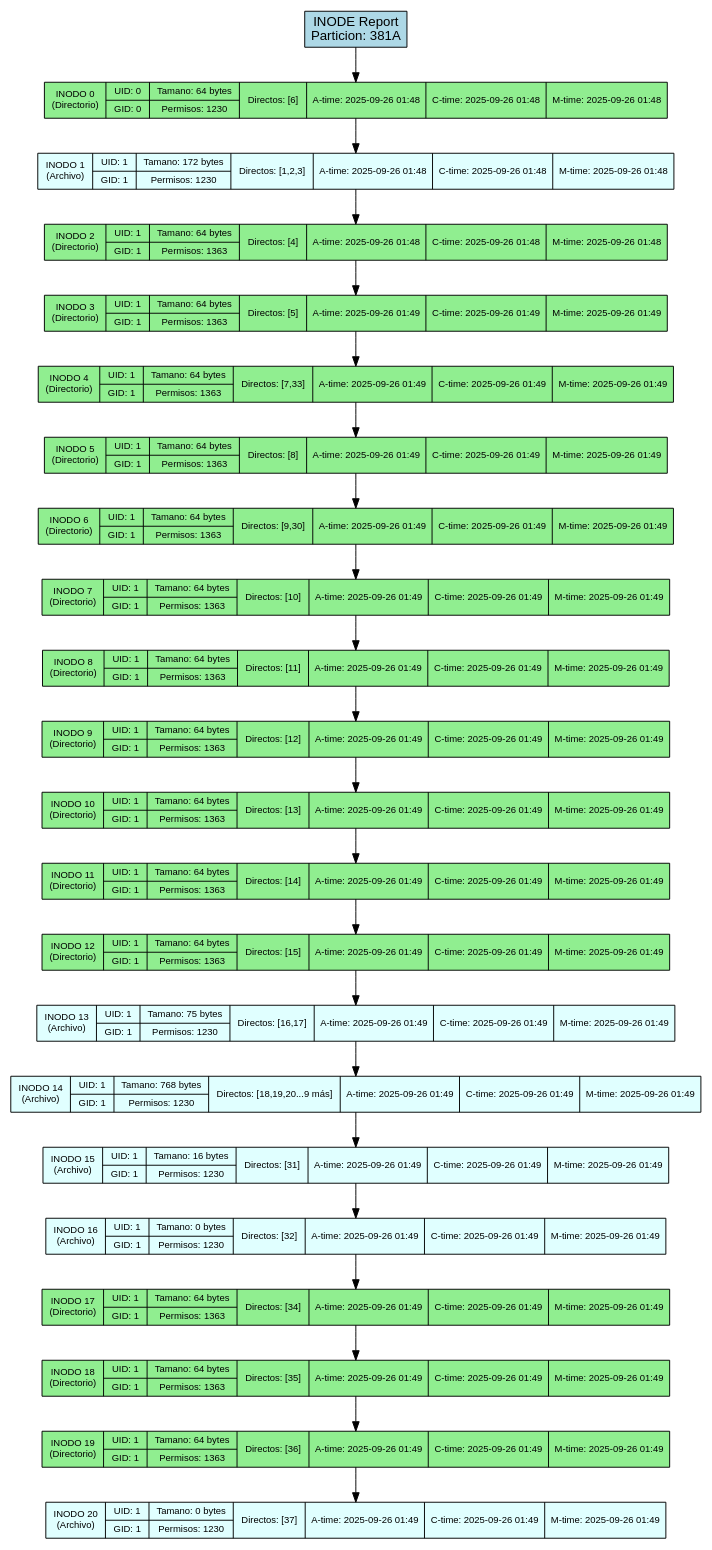
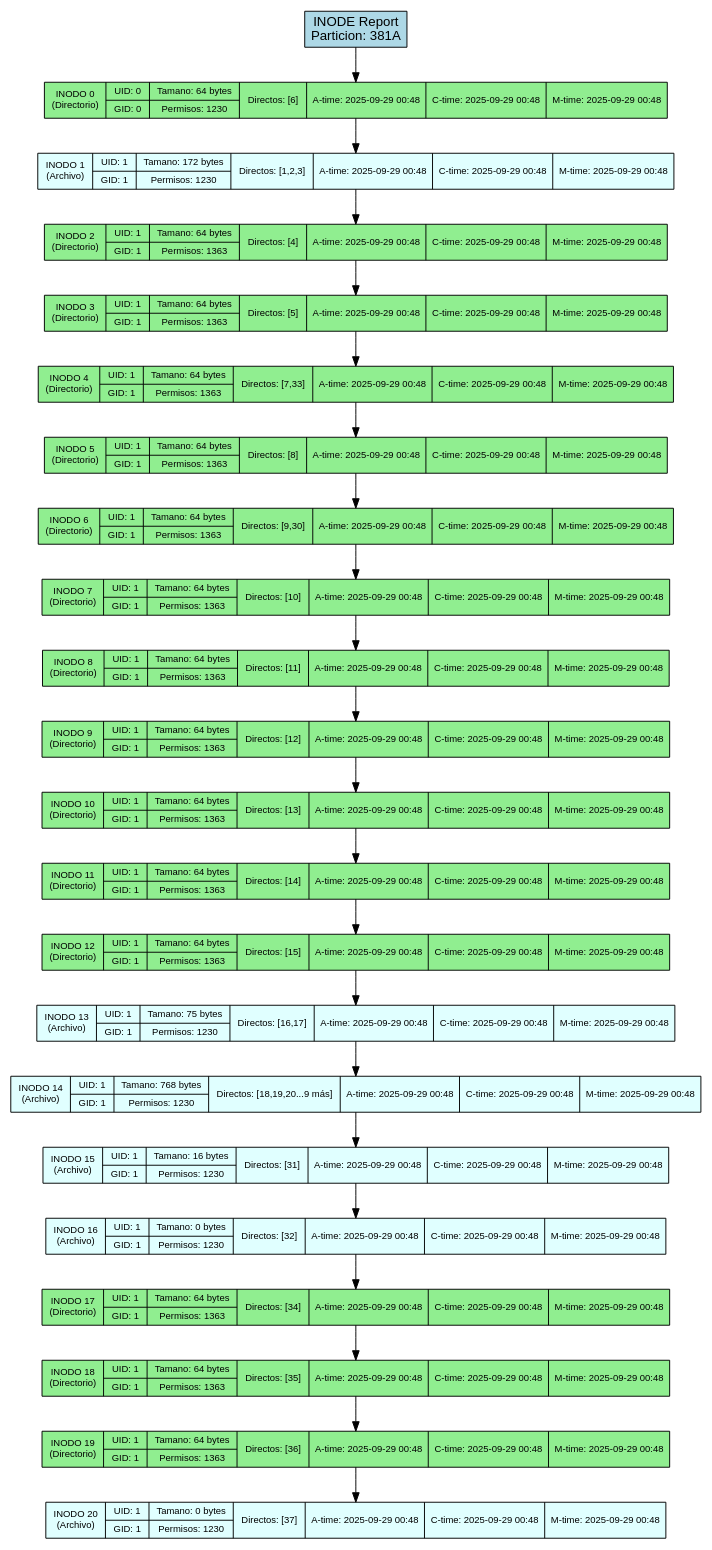
Before and after one commit to DiegVas/MIA_2S2025_P2_202300638: the diagram in backend/provider/reports/src/inode_381A.dot, drawn with Graphviz. The commit also changed 16 other files, not shown here.

```diff
--- a/backend/provider/reports/src/inode_381A.dot
+++ b/backend/provider/reports/src/inode_381A.dot
@@ -1,54 +1,54 @@
 digraph Inode_Report {
     rankdir=TB;
     node [shape=record, style=filled];
     graph [fontname="Arial", fontsize=12];
     node [fontname="Arial", fontsize=10];
     edge [fontname="Arial"];
 
     title [label="INODE Report\nParticion: 381A", fillcolor=lightblue, fontsize=14];
 
-    inode_0 [label="INODO 0\n(Directorio)|{UID: 0 | GID: 0}|{Tamano: 64 bytes | Permisos: 1230}|{Directos: [6]}|{A-time: 2025-09-26 01:48}|{C-time: 2025-09-26 01:48}|{M-time: 2025-09-26 01:48}", fillcolor=lightgreen];
-    inode_1 [label="INODO 1\n(Archivo)|{UID: 1 | GID: 1}|{Tamano: 172 bytes | Permisos: 1230}|{Directos: [1,2,3]}|{A-time: 2025-09-26 01:48}|{C-time: 2025-09-26 01:48}|{M-time: 2025-09-26 01:48}", fillcolor=lightcyan];
-    inode_2 [label="INODO 2\n(Directorio)|{UID: 1 | GID: 1}|{Tamano: 64 bytes | Permisos: 1363}|{Directos: [4]}|{A-time: 2025-09-26 01:48}|{C-time: 2025-09-26 01:48}|{M-time: 2025-09-26 01:48}", fillcolor=lightgreen];
-    inode_3 [label="INODO 3\n(Directorio)|{UID: 1 | GID: 1}|{Tamano: 64 bytes | Permisos: 1363}|{Directos: [5]}|{A-time: 2025-09-26 01:49}|{C-time: 2025-09-26 01:49}|{M-time: 2025-09-26 01:49}", fillcolor=lightgreen];
-    inode_4 [label="INODO 4\n(Directorio)|{UID: 1 | GID: 1}|{Tamano: 64 bytes | Permisos: 1363}|{Directos: [7,33]}|{A-time: 2025-09-26 01:49}|{C-time: 2025-09-26 01:49}|{M-time: 2025-09-26 01:49}", fillcolor=lightgreen];
-    inode_5 [label="INODO 5\n(Directorio)|{UID: 1 | GID: 1}|{Tamano: 64 bytes | Permisos: 1363}|{Directos: [8]}|{A-time: 2025-09-26 01:49}|{C-time: 2025-09-26 01:49}|{M-time: 2025-09-26 01:49}", fillcolor=lightgreen];
-    inode_6 [label="INODO 6\n(Directorio)|{UID: 1 | GID: 1}|{Tamano: 64 bytes | Permisos: 1363}|{Directos: [9,30]}|{A-time: 2025-09-26 01:49}|{C-time: 2025-09-26 01:49}|{M-time: 2025-09-26 01:49}", fillcolor=lightgreen];
-    inode_7 [label="INODO 7\n(Directorio)|{UID: 1 | GID: 1}|{Tamano: 64 bytes | Permisos: 1363}|{Directos: [10]}|{A-time: 2025-09-26 01:49}|{C-time: 2025-09-26 01:49}|{M-time: 2025-09-26 01:49}", fillcolor=lightgreen];
-    inode_8 [label="INODO 8\n(Directorio)|{UID: 1 | GID: 1}|{Tamano: 64 bytes | Permisos: 1363}|{Directos: [11]}|{A-time: 2025-09-26 01:49}|{C-time: 2025-09-26 01:49}|{M-time: 2025-09-26 01:49}", fillcolor=lightgreen];
-    inode_9 [label="INODO 9\n(Directorio)|{UID: 1 | GID: 1}|{Tamano: 64 bytes | Permisos: 1363}|{Directos: [12]}|{A-time: 2025-09-26 01:49}|{C-time: 2025-09-26 01:49}|{M-time: 2025-09-26 01:49}", fillcolor=lightgreen];
-    inode_10 [label="INODO 10\n(Directorio)|{UID: 1 | GID: 1}|{Tamano: 64 bytes | Permisos: 1363}|{Directos: [13]}|{A-time: 2025-09-26 01:49}|{C-time: 2025-09-26 01:49}|{M-time: 2025-09-26 01:49}", fillcolor=lightgreen];
-    inode_11 [label="INODO 11\n(Directorio)|{UID: 1 | GID: 1}|{Tamano: 64 bytes | Permisos: 1363}|{Directos: [14]}|{A-time: 2025-09-26 01:49}|{C-time: 2025-09-26 01:49}|{M-time: 2025-09-26 01:49}", fillcolor=lightgreen];
-    inode_12 [label="INODO 12\n(Directorio)|{UID: 1 | GID: 1}|{Tamano: 64 bytes | Permisos: 1363}|{Directos: [15]}|{A-time: 2025-09-26 01:49}|{C-time: 2025-09-26 01:49}|{M-time: 2025-09-26 01:49}", fillcolor=lightgreen];
-    inode_13 [label="INODO 13\n(Archivo)|{UID: 1 | GID: 1}|{Tamano: 75 bytes | Permisos: 1230}|{Directos: [16,17]}|{A-time: 2025-09-26 01:49}|{C-time: 2025-09-26 01:49}|{M-time: 2025-09-26 01:49}", fillcolor=lightcyan];
-    inode_14 [label="INODO 14\n(Archivo)|{UID: 1 | GID: 1}|{Tamano: 768 bytes | Permisos: 1230}|{Directos: [18,19,20...9 más]}|{A-time: 2025-09-26 01:49}|{C-time: 2025-09-26 01:49}|{M-time: 2025-09-26 01:49}", fillcolor=lightcyan];
-    inode_15 [label="INODO 15\n(Archivo)|{UID: 1 | GID: 1}|{Tamano: 16 bytes | Permisos: 1230}|{Directos: [31]}|{A-time: 2025-09-26 01:49}|{C-time: 2025-09-26 01:49}|{M-time: 2025-09-26 01:49}", fillcolor=lightcyan];
-    inode_16 [label="INODO 16\n(Archivo)|{UID: 1 | GID: 1}|{Tamano: 0 bytes | Permisos: 1230}|{Directos: [32]}|{A-time: 2025-09-26 01:49}|{C-time: 2025-09-26 01:49}|{M-time: 2025-09-26 01:49}", fillcolor=lightcyan];
-    inode_17 [label="INODO 17\n(Directorio)|{UID: 1 | GID: 1}|{Tamano: 64 bytes | Permisos: 1363}|{Directos: [34]}|{A-time: 2025-09-26 01:49}|{C-time: 2025-09-26 01:49}|{M-time: 2025-09-26 01:49}", fillcolor=lightgreen];
-    inode_18 [label="INODO 18\n(Directorio)|{UID: 1 | GID: 1}|{Tamano: 64 bytes | Permisos: 1363}|{Directos: [35]}|{A-time: 2025-09-26 01:49}|{C-time: 2025-09-26 01:49}|{M-time: 2025-09-26 01:49}", fillcolor=lightgreen];
-    inode_19 [label="INODO 19\n(Directorio)|{UID: 1 | GID: 1}|{Tamano: 64 bytes | Permisos: 1363}|{Directos: [36]}|{A-time: 2025-09-26 01:49}|{C-time: 2025-09-26 01:49}|{M-time: 2025-09-26 01:49}", fillcolor=lightgreen];
-    inode_20 [label="INODO 20\n(Archivo)|{UID: 1 | GID: 1}|{Tamano: 0 bytes | Permisos: 1230}|{Directos: [37]}|{A-time: 2025-09-26 01:49}|{C-time: 2025-09-26 01:49}|{M-time: 2025-09-26 01:49}", fillcolor=lightcyan];
+    inode_0 [label="INODO 0\n(Directorio)|{UID: 0 | GID: 0}|{Tamano: 64 bytes | Permisos: 1230}|{Directos: [6]}|{A-time: 2025-09-29 00:48}|{C-time: 2025-09-29 00:48}|{M-time: 2025-09-29 00:48}", fillcolor=lightgreen];
+    inode_1 [label="INODO 1\n(Archivo)|{UID: 1 | GID: 1}|{Tamano: 172 bytes | Permisos: 1230}|{Directos: [1,2,3]}|{A-time: 2025-09-29 00:48}|{C-time: 2025-09-29 00:48}|{M-time: 2025-09-29 00:48}", fillcolor=lightcyan];
+    inode_2 [label="INODO 2\n(Directorio)|{UID: 1 | GID: 1}|{Tamano: 64 bytes | Permisos: 1363}|{Directos: [4]}|{A-time: 2025-09-29 00:48}|{C-time: 2025-09-29 00:48}|{M-time: 2025-09-29 00:48}", fillcolor=lightgreen];
+    inode_3 [label="INODO 3\n(Directorio)|{UID: 1 | GID: 1}|{Tamano: 64 bytes | Permisos: 1363}|{Directos: [5]}|{A-time: 2025-09-29 00:48}|{C-time: 2025-09-29 00:48}|{M-time: 2025-09-29 00:48}", fillcolor=lightgreen];
+    inode_4 [label="INODO 4\n(Directorio)|{UID: 1 | GID: 1}|{Tamano: 64 bytes | Permisos: 1363}|{Directos: [7,33]}|{A-time: 2025-09-29 00:48}|{C-time: 2025-09-29 00:48}|{M-time: 2025-09-29 00:48}", fillcolor=lightgreen];
+    inode_5 [label="INODO 5\n(Directorio)|{UID: 1 | GID: 1}|{Tamano: 64 bytes | Permisos: 1363}|{Directos: [8]}|{A-time: 2025-09-29 00:48}|{C-time: 2025-09-29 00:48}|{M-time: 2025-09-29 00:48}", fillcolor=lightgreen];
+    inode_6 [label="INODO 6\n(Directorio)|{UID: 1 | GID: 1}|{Tamano: 64 bytes | Permisos: 1363}|{Directos: [9,30]}|{A-time: 2025-09-29 00:48}|{C-time: 2025-09-29 00:48}|{M-time: 2025-09-29 00:48}", fillcolor=lightgreen];
+    inode_7 [label="INODO 7\n(Directorio)|{UID: 1 | GID: 1}|{Tamano: 64 bytes | Permisos: 1363}|{Directos: [10]}|{A-time: 2025-09-29 00:48}|{C-time: 2025-09-29 00:48}|{M-time: 2025-09-29 00:48}", fillcolor=lightgreen];
+    inode_8 [label="INODO 8\n(Directorio)|{UID: 1 | GID: 1}|{Tamano: 64 bytes | Permisos: 1363}|{Directos: [11]}|{A-time: 2025-09-29 00:48}|{C-time: 2025-09-29 00:48}|{M-time: 2025-09-29 00:48}", fillcolor=lightgreen];
+    inode_9 [label="INODO 9\n(Directorio)|{UID: 1 | GID: 1}|{Tamano: 64 bytes | Permisos: 1363}|{Directos: [12]}|{A-time: 2025-09-29 00:48}|{C-time: 2025-09-29 00:48}|{M-time: 2025-09-29 00:48}", fillcolor=lightgreen];
+    inode_10 [label="INODO 10\n(Directorio)|{UID: 1 | GID: 1}|{Tamano: 64 bytes | Permisos: 1363}|{Directos: [13]}|{A-time: 2025-09-29 00:48}|{C-time: 2025-09-29 00:48}|{M-time: 2025-09-29 00:48}", fillcolor=lightgreen];
+    inode_11 [label="INODO 11\n(Directorio)|{UID: 1 | GID: 1}|{Tamano: 64 bytes | Permisos: 1363}|{Directos: [14]}|{A-time: 2025-09-29 00:48}|{C-time: 2025-09-29 00:48}|{M-time: 2025-09-29 00:48}", fillcolor=lightgreen];
+    inode_12 [label="INODO 12\n(Directorio)|{UID: 1 | GID: 1}|{Tamano: 64 bytes | Permisos: 1363}|{Directos: [15]}|{A-time: 2025-09-29 00:48}|{C-time: 2025-09-29 00:48}|{M-time: 2025-09-29 00:48}", fillcolor=lightgreen];
+    inode_13 [label="INODO 13\n(Archivo)|{UID: 1 | GID: 1}|{Tamano: 75 bytes | Permisos: 1230}|{Directos: [16,17]}|{A-time: 2025-09-29 00:48}|{C-time: 2025-09-29 00:48}|{M-time: 2025-09-29 00:48}", fillcolor=lightcyan];
+    inode_14 [label="INODO 14\n(Archivo)|{UID: 1 | GID: 1}|{Tamano: 768 bytes | Permisos: 1230}|{Directos: [18,19,20...9 más]}|{A-time: 2025-09-29 00:48}|{C-time: 2025-09-29 00:48}|{M-time: 2025-09-29 00:48}", fillcolor=lightcyan];
+    inode_15 [label="INODO 15\n(Archivo)|{UID: 1 | GID: 1}|{Tamano: 16 bytes | Permisos: 1230}|{Directos: [31]}|{A-time: 2025-09-29 00:48}|{C-time: 2025-09-29 00:48}|{M-time: 2025-09-29 00:48}", fillcolor=lightcyan];
+    inode_16 [label="INODO 16\n(Archivo)|{UID: 1 | GID: 1}|{Tamano: 0 bytes | Permisos: 1230}|{Directos: [32]}|{A-time: 2025-09-29 00:48}|{C-time: 2025-09-29 00:48}|{M-time: 2025-09-29 00:48}", fillcolor=lightcyan];
+    inode_17 [label="INODO 17\n(Directorio)|{UID: 1 | GID: 1}|{Tamano: 64 bytes | Permisos: 1363}|{Directos: [34]}|{A-time: 2025-09-29 00:48}|{C-time: 2025-09-29 00:48}|{M-time: 2025-09-29 00:48}", fillcolor=lightgreen];
+    inode_18 [label="INODO 18\n(Directorio)|{UID: 1 | GID: 1}|{Tamano: 64 bytes | Permisos: 1363}|{Directos: [35]}|{A-time: 2025-09-29 00:48}|{C-time: 2025-09-29 00:48}|{M-time: 2025-09-29 00:48}", fillcolor=lightgreen];
+    inode_19 [label="INODO 19\n(Directorio)|{UID: 1 | GID: 1}|{Tamano: 64 bytes | Permisos: 1363}|{Directos: [36]}|{A-time: 2025-09-29 00:48}|{C-time: 2025-09-29 00:48}|{M-time: 2025-09-29 00:48}", fillcolor=lightgreen];
+    inode_20 [label="INODO 20\n(Archivo)|{UID: 1 | GID: 1}|{Tamano: 0 bytes | Permisos: 1230}|{Directos: [37]}|{A-time: 2025-09-29 00:48}|{C-time: 2025-09-29 00:48}|{M-time: 2025-09-29 00:48}", fillcolor=lightcyan];
 
     // Conexiones de la lista enlazada
     title -> inode_0;
     inode_0 -> inode_1;
     inode_1 -> inode_2;
     inode_2 -> inode_3;
     inode_3 -> inode_4;
     inode_4 -> inode_5;
     inode_5 -> inode_6;
     inode_6 -> inode_7;
     inode_7 -> inode_8;
     inode_8 -> inode_9;
     inode_9 -> inode_10;
     inode_10 -> inode_11;
     inode_11 -> inode_12;
     inode_12 -> inode_13;
     inode_13 -> inode_14;
     inode_14 -> inode_15;
     inode_15 -> inode_16;
     inode_16 -> inode_17;
     inode_17 -> inode_18;
     inode_18 -> inode_19;
     inode_19 -> inode_20;
 }
```
